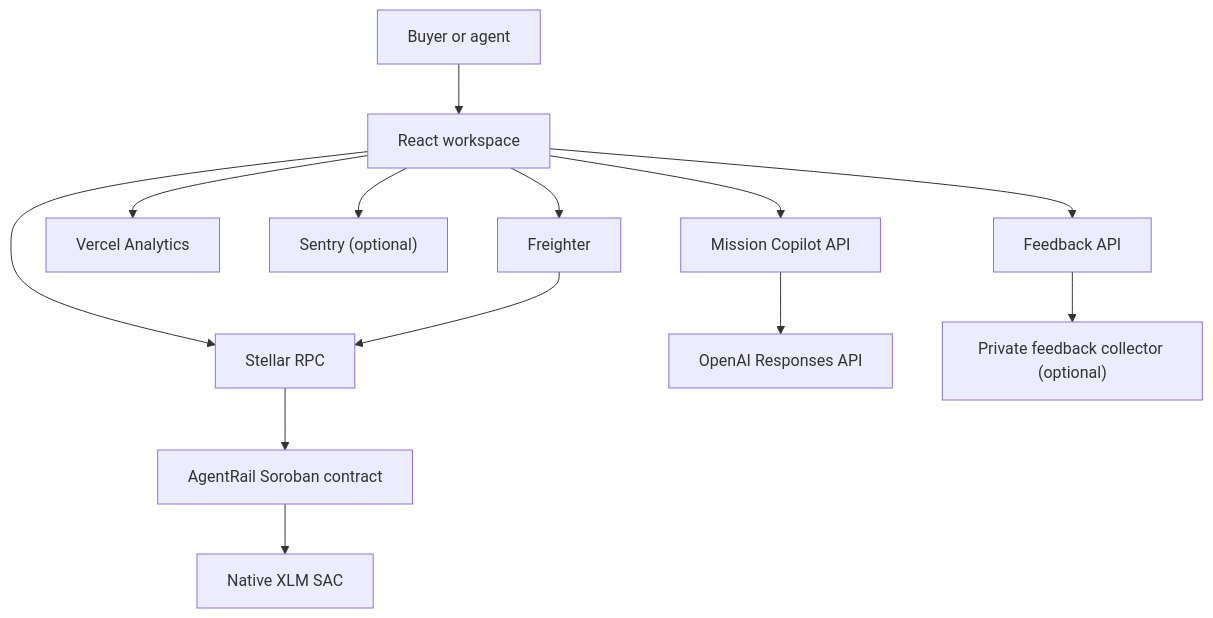
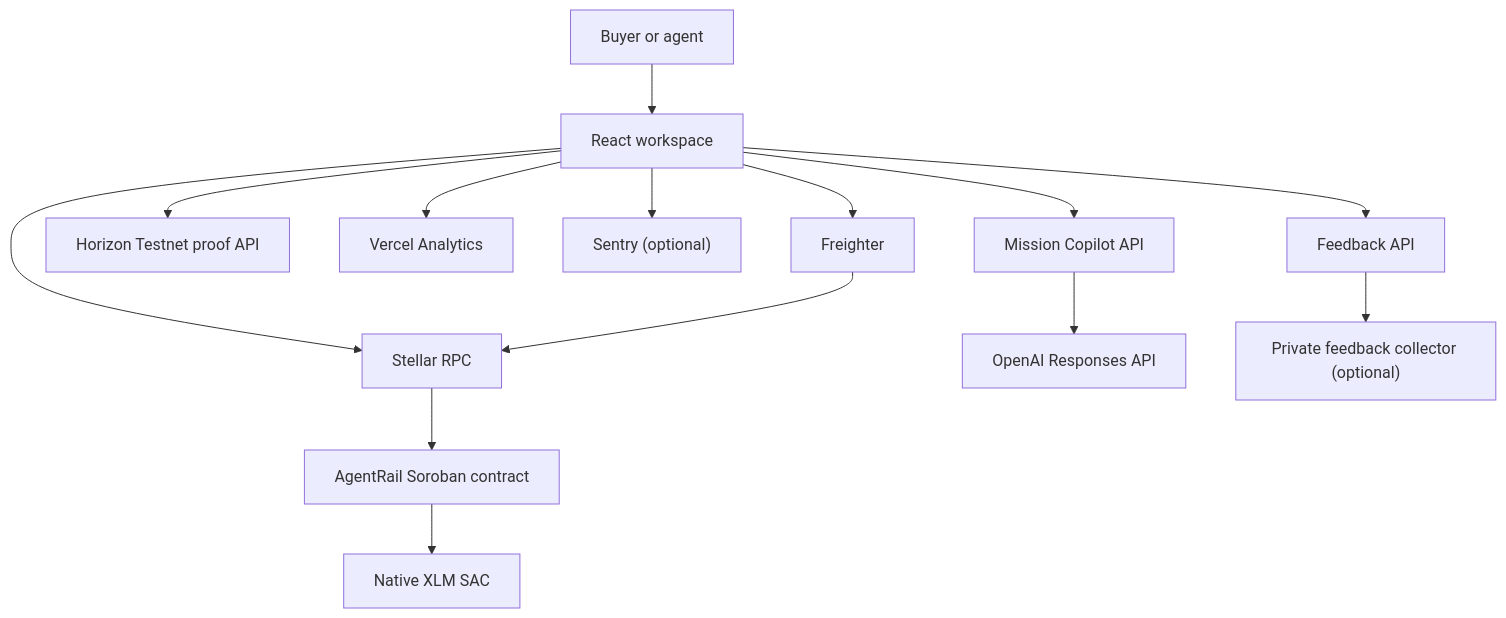
The first of 2 diagrams in docs/ARCHITECTURE.md (emretasss/agentrail-stellar), drawn with Mermaid before and after one commit. The commit also changed other lines of this file and 12 other files, not shown here.

````diff
--- a/docs/ARCHITECTURE.md
+++ b/docs/ARCHITECTURE.md
@@ -15,15 +15,16 @@
 ```mermaid
 flowchart TB
     U["Buyer or agent"] --> UI["React workspace"]
     UI --> F["Freighter"]
     UI --> RPC["Stellar RPC"]
+    UI --> H["Horizon Testnet proof API"]
     UI --> VC["Vercel Analytics"]
     UI --> S["Sentry (optional)"]
     UI --> C["Mission Copilot API"]
     UI --> FB["Feedback API"]
     C --> O["OpenAI Responses API"]
     FB --> W["Private feedback collector (optional)"]
     F --> RPC
     RPC --> SC["AgentRail Soroban contract"]
     SC --> SAC["Native XLM SAC"]
 ```
````
